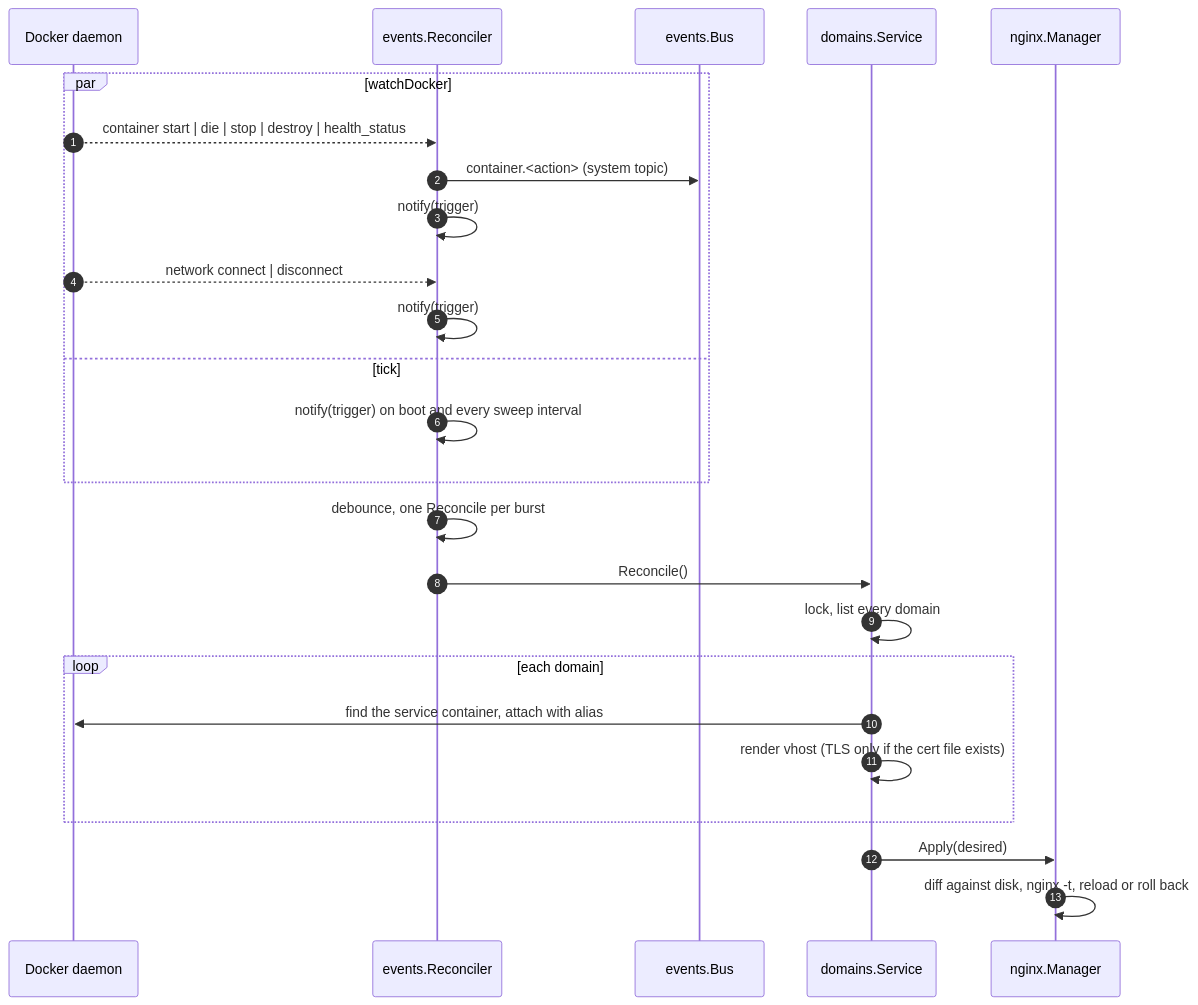
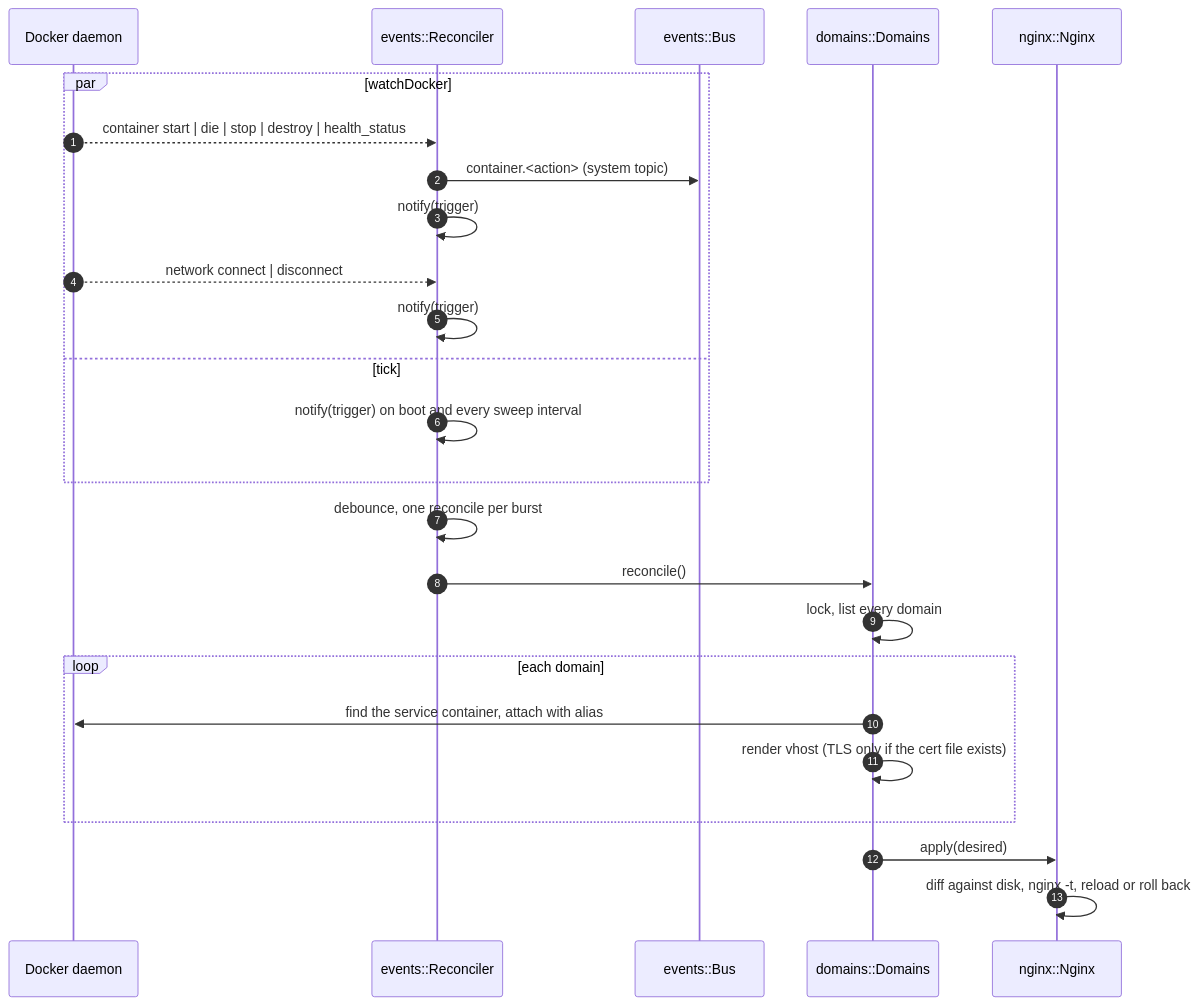
The third of 5 diagrams in docs/codebase.md (rokartur/vexdock), drawn with Mermaid before and after one commit. The commit also changed other lines of this file and 9 other files, not shown here.

````diff
--- a/docs/codebase.md
+++ b/docs/codebase.md
@@ -165,28 +168,28 @@
 ```mermaid
 sequenceDiagram
     autonumber
     participant Docker as Docker daemon
-    participant Rec as events.Reconciler
-    participant Bus as events.Bus
-    participant Domains as domains.Service
-    participant Nginx as nginx.Manager
+    participant Rec as events::Reconciler
+    participant Bus as events::Bus
+    participant Domains as domains::Domains
+    participant Nginx as nginx::Nginx
 
     par watchDocker
         Docker-->>Rec: container start | die | stop | destroy | health_status
         Rec->>Bus: container.<action> (system topic)
         Rec->>Rec: notify(trigger)
         Docker-->>Rec: network connect | disconnect
         Rec->>Rec: notify(trigger)
     and tick
         Rec->>Rec: notify(trigger) on boot and every sweep interval
     end
-    Rec->>Rec: debounce, one Reconcile per burst
-    Rec->>Domains: Reconcile()
+    Rec->>Rec: debounce, one reconcile per burst
+    Rec->>Domains: reconcile()
     Domains->>Domains: lock, list every domain
     loop each domain
         Domains->>Docker: find the service container, attach with alias
         Domains->>Domains: render vhost (TLS only if the cert file exists)
     end
-    Domains->>Nginx: Apply(desired)
+    Domains->>Nginx: apply(desired)
     Nginx->>Nginx: diff against disk, nginx -t, reload or roll back
 ```
````
